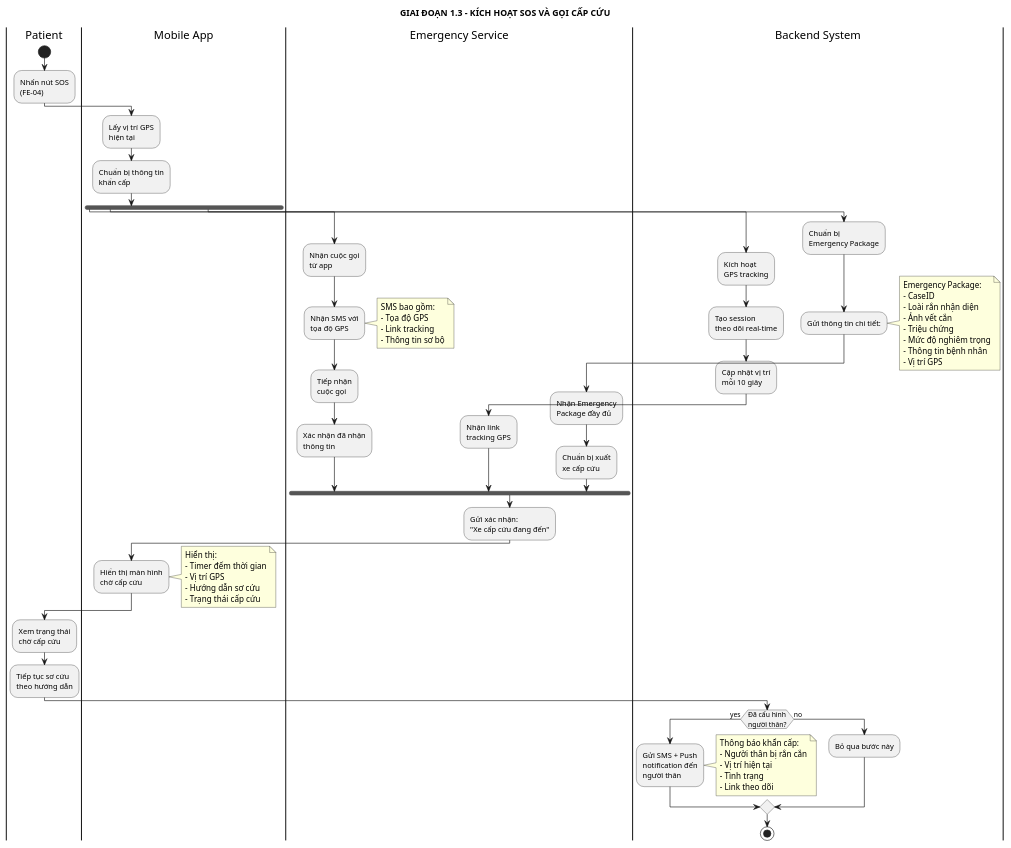
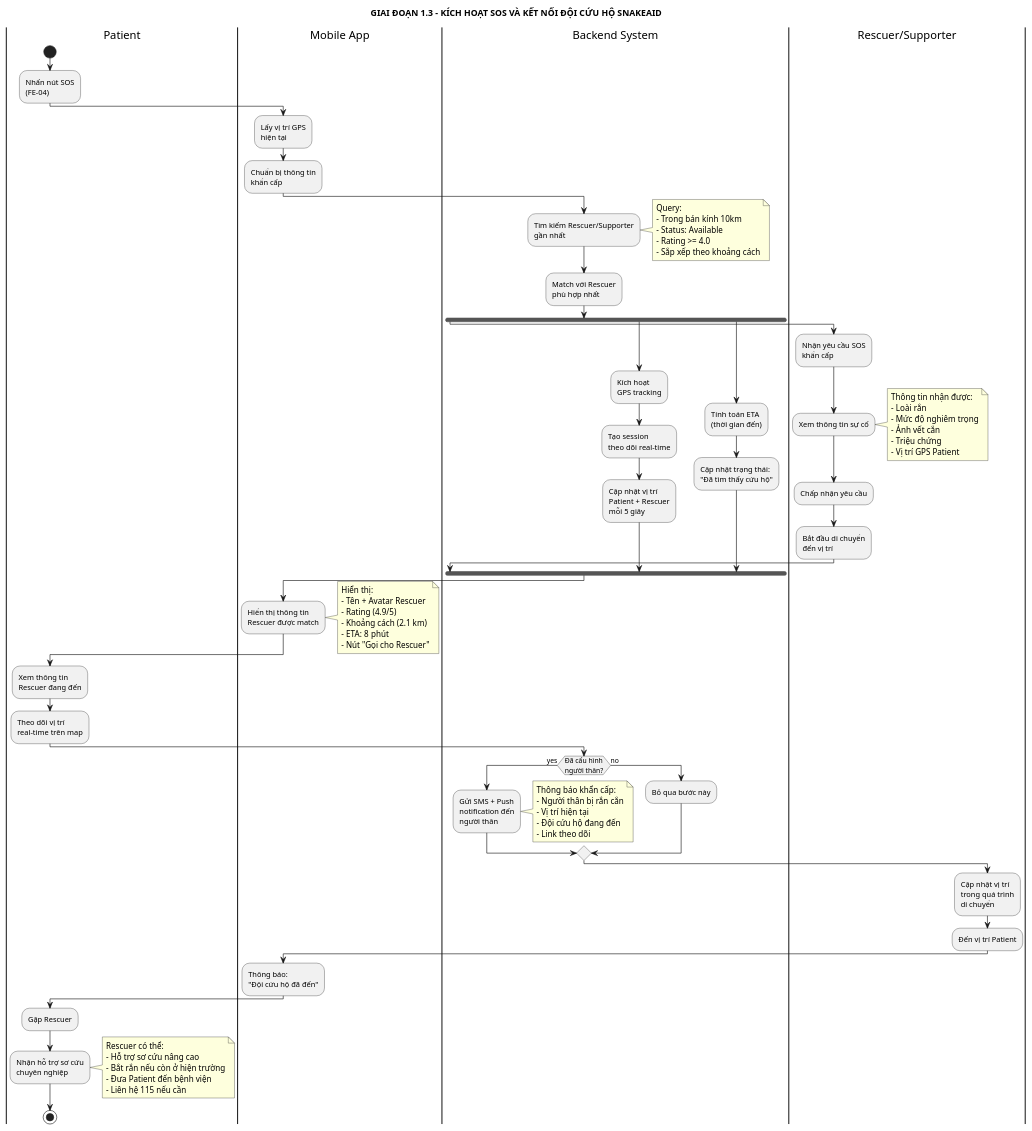
Before and after one commit to Snake-AID/SnakeAid.Docs: the third of 5 diagrams in Docs/01-Requirements/Swimlane-Diagram/01-Swimlane-Emergency-Flow.md, drawn with PlantUML. The commit also changed other lines of this file and 2 other files, not shown here.

Commit message:
feat: Add enhanced homepage design for Patient App with emergency-first features and user-friendly layout

````diff
--- a/Docs/01-Requirements/Swimlane-Diagram/01-Swimlane-Emergency-Flow.md
+++ b/Docs/01-Requirements/Swimlane-Diagram/01-Swimlane-Emergency-Flow.md
@@ -151,6 +151,6 @@
 ```plantuml
 @startuml Stage-3-Emergency-SOS
-title GIAI ĐOẠN 1.3 - KÍCH HOẠT SOS VÀ GỌI CẤP CỨU
+title GIAI ĐOẠN 1.3 - KÍCH HOẠT SOS VÀ KẾT NỐI ĐỘI CỨU HỘ SNAKEAID
 
 |Patient|
 start
@@ -163,22 +163,35 @@
 :Chuẩn bị thông tin
 khẩn cấp;
 
+|Backend System|
+:Tìm kiếm Rescuer/Supporter
+gần nhất;
+note right
+  Query:
+  - Trong bán kính 10km
+  - Status: Available
+  - Rating >= 4.0
+  - Sắp xếp theo khoảng cách
+end note
+:Match với Rescuer
+phù hợp nhất;
+
 fork
-  |Emergency Service|
-  :Nhận cuộc gọi
-  từ app;
-  :Nhận SMS với
-  tọa độ GPS;
+  |Rescuer/Supporter|
+  :Nhận yêu cầu SOS
+  khẩn cấp;
+  :Xem thông tin sự cố;
   note right
-    SMS bao gồm:
-    - Tọa độ GPS
-    - Link tracking
-    - Thông tin sơ bộ
+    Thông tin nhận được:
+    - Loài rắn
+    - Mức độ nghiêm trọng
+    - Ảnh vết cắn
+    - Triệu chứng
+    - Vị trí GPS Patient
   end note
-  :Tiếp nhận
-  cuộc gọi;
-  :Xác nhận đã nhận
-  thông tin;
+  :Chấp nhận yêu cầu;
+  :Bắt đầu di chuyển
+  đến vị trí;
 fork again
   |Backend System|
   :Kích hoạt
@@ -186,54 +199,33 @@
   :Tạo session
   theo dõi real-time;
   :Cập nhật vị trí
-  mỗi 10 giây;
-  
-  |Emergency Service|
-  :Nhận link
-  tracking GPS;
+  Patient + Rescuer
+  mỗi 5 giây;
 fork again
   |Backend System|
-  :Chuẩn bị
-  Emergency Package;
-  :Gửi thông tin chi tiết:;
-  note right
-    Emergency Package:
-    - CaseID
-    - Loài rắn nhận diện
-    - Ảnh vết cắn
-    - Triệu chứng
-    - Mức độ nghiêm trọng
-    - Thông tin bệnh nhân
-    - Vị trí GPS
-  end note
-  
-  |Emergency Service|
-  :Nhận Emergency
-  Package đầy đủ;
-  :Chuẩn bị xuất
-  xe cấp cứu;
+  :Tính toán ETA
+  (thời gian đến);
+  :Cập nhật trạng thái:
+  "Đã tìm thấy cứu hộ";
 end fork
 
-|Emergency Service|
-:Gửi xác nhận:
-"Xe cấp cứu đang đến";
-
 |Mobile App|
-:Hiển thị màn hình
-chờ cấp cứu;
+:Hiển thị thông tin
+Rescuer được match;
 note right
   Hiển thị:
-  - Timer đếm thời gian
-  - Vị trí GPS
-  - Hướng dẫn sơ cứu
-  - Trạng thái cấp cứu
+  - Tên + Avatar Rescuer
+  - Rating (4.9/5)
+  - Khoảng cách (2.1 km)
+  - ETA: 8 phút
+  - Nút "Gọi cho Rescuer"
 end note
 
 |Patient|
-:Xem trạng thái
-chờ cấp cứu;
-:Tiếp tục sơ cứu
-theo hướng dẫn;
+:Xem thông tin
+Rescuer đang đến;
+:Theo dõi vị trí
+real-time trên map;
 
 |Backend System|
 if (Đã cấu hình\nngười thân?) then (yes)
@@ -244,13 +236,36 @@
     Thông báo khẩn cấp:
     - Người thân bị rắn cắn
     - Vị trí hiện tại
-    - Tình trạng
+    - Đội cứu hộ đang đến
     - Link theo dõi
   end note
 else (no)
   :Bỏ qua bước này;
 endif
 
+|Rescuer/Supporter|
+:Cập nhật vị trí
+trong quá trình
+di chuyển;
+:Đến vị trí Patient;
+
+|Mobile App|
+:Thông báo:
+"Đội cứu hộ đã đến";
+
+|Patient|
+:Gặp Rescuer;
+:Nhận hỗ trợ sơ cứu
+chuyên nghiệp;
+
+note right
+  Rescuer có thể:
+  - Hỗ trợ sơ cứu nâng cao
+  - Bắt rắn nếu còn ở hiện trường
+  - Đưa Patient đến bệnh viện
+  - Liên hệ 115 nếu cần
+end note
+
 stop
 @enduml
 ```
````
